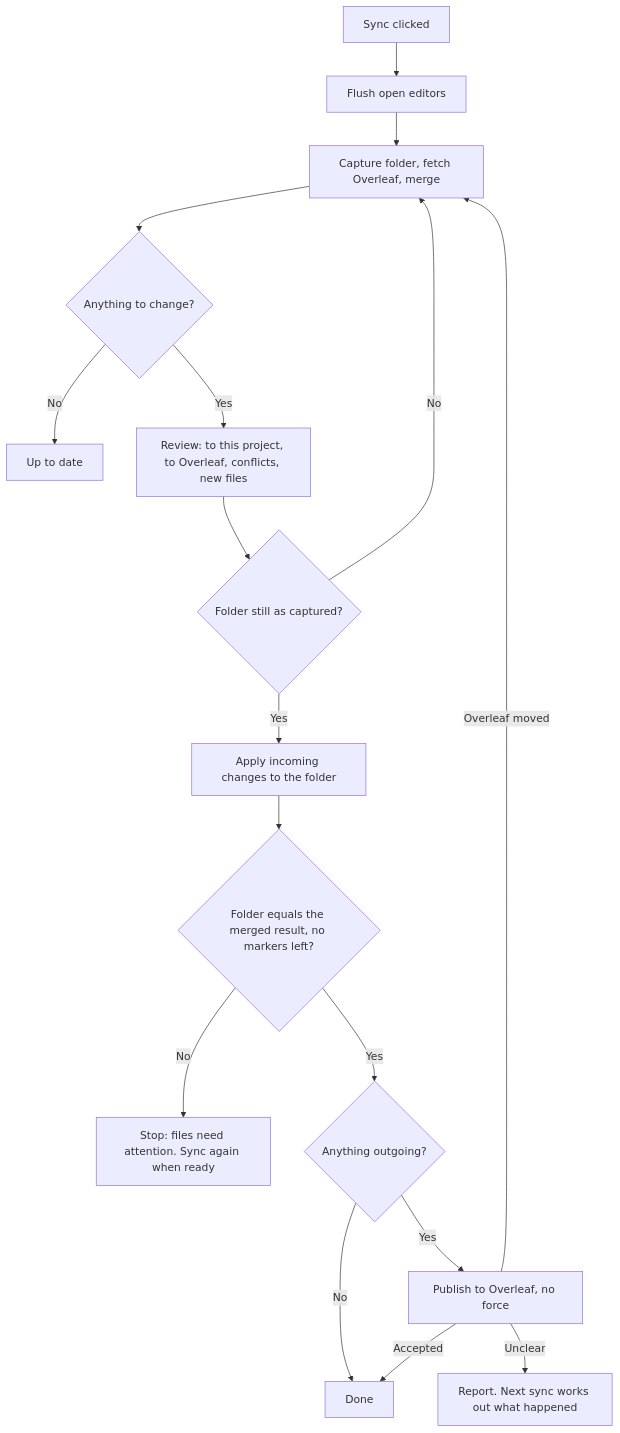
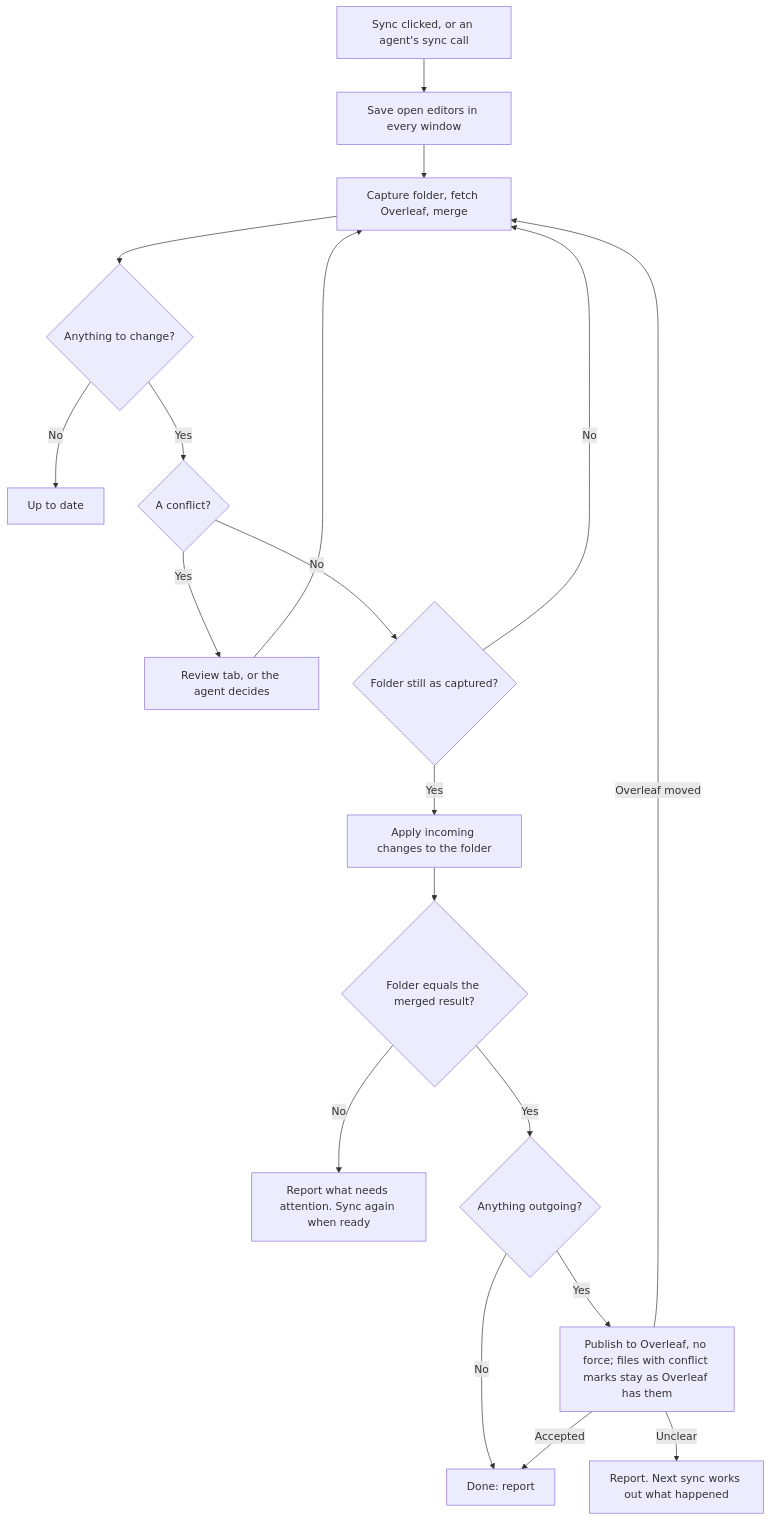
One commit to ScientFactory/scient-desktop changed the diagram in docs/internals/overleaf/implementation-plan.md. Above: the diagram before and after it, drawn with Mermaid. The commit also changed other lines of this file and 3 other files, not shown here.

First line of the commit message:
docs(overleaf): product and agent decisions of October 24 (PR C design)

````diff
--- a/docs/internals/overleaf/implementation-plan.md
+++ b/docs/internals/overleaf/implementation-plan.md
@@ -62,19 +68,21 @@
 ```mermaid
 flowchart TD
-    A[Sync clicked] --> B[Flush open editors]
+    A[Sync clicked, or an agent's sync call] --> B[Save open editors in every window]
     B --> C[Capture folder, fetch Overleaf, merge]
     C --> D{Anything to change?}
     D -->|No| Z[Up to date]
-    D -->|Yes| E[Review: to this project, to Overleaf, conflicts, new files]
-    E --> V{Folder still as captured?}
+    D -->|Yes| E{A conflict?}
+    E -->|Yes| R[Review tab, or the agent decides]
+    R --> C
+    E -->|No| V{Folder still as captured?}
     V -->|No| C
     V -->|Yes| F[Apply incoming changes to the folder]
-    F --> G{Folder equals the merged result, no markers left?}
-    G -->|No| H[Stop: files need attention. Sync again when ready]
+    F --> G{Folder equals the merged result?}
+    G -->|No| H[Report what needs attention. Sync again when ready]
     G -->|Yes| I{Anything outgoing?}
-    I -->|No| Z2[Done]
-    I -->|Yes| J[Publish to Overleaf, no force]
+    I -->|No| Z2[Done: report]
+    I -->|Yes| J[Publish to Overleaf, no force; files with conflict marks stay as Overleaf has them]
     J -->|Accepted| Z2
     J -->|Overleaf moved| C
     J -->|Unclear| K[Report. Next sync works out what happened]
 ```
````
